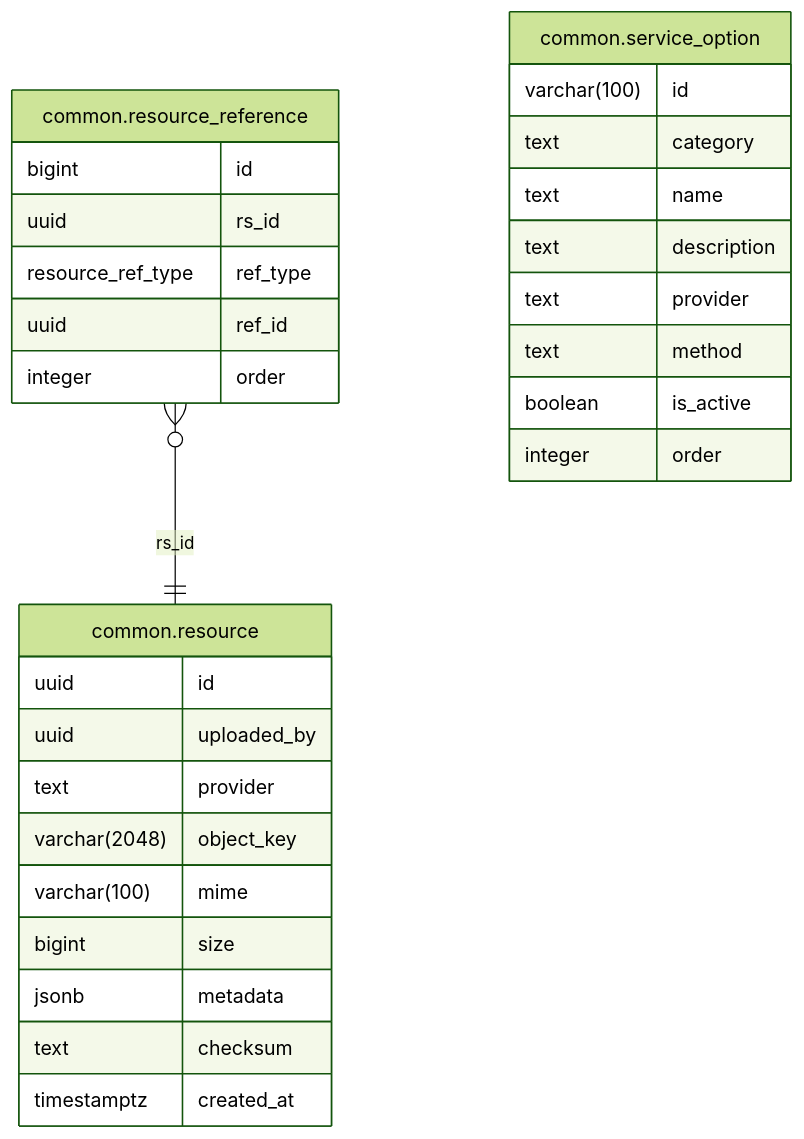
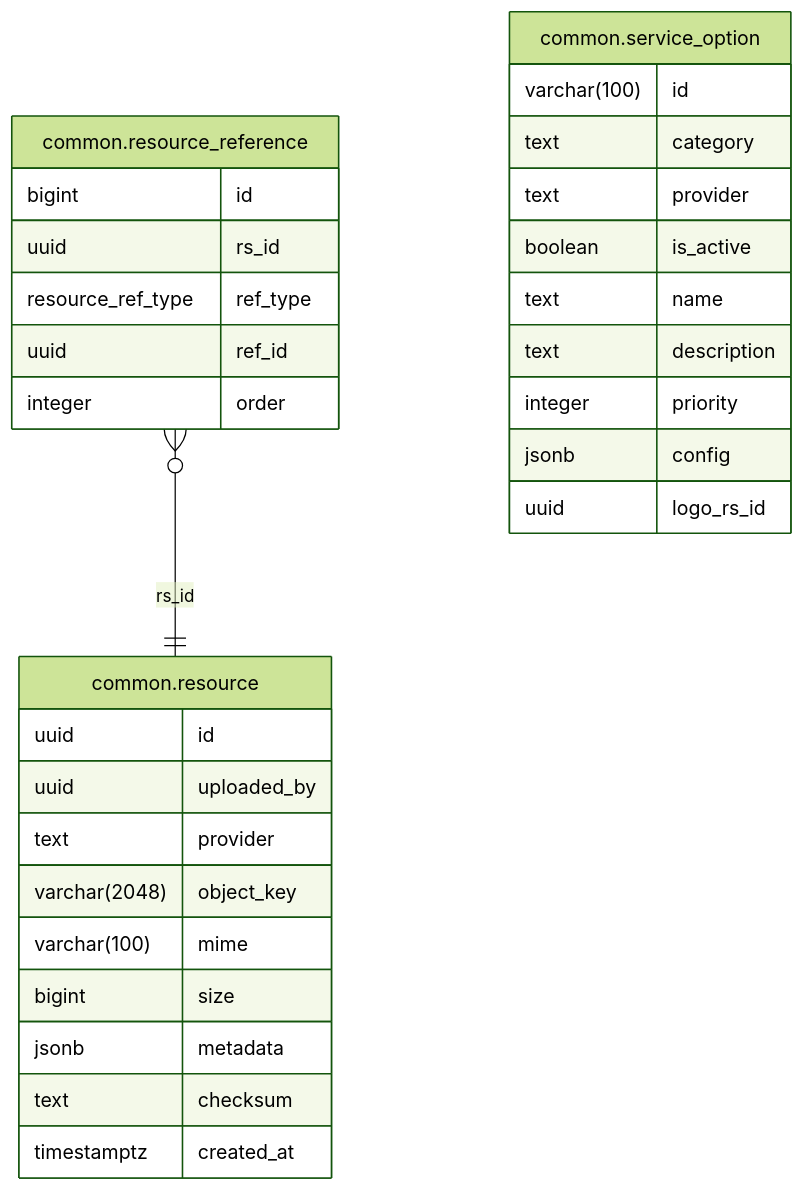
Before and after one commit to shopnexus/shopnexus-server: the diagram in internal/module/common/README.md, drawn with Mermaid (forest theme). The commit also changed 2 other files, not shown here.

Commit message:
update schema

````diff
--- a/internal/module/common/README.md
+++ b/internal/module/common/README.md
@@ -11,33 +11,34 @@
 ```mermaid
 erDiagram
 "common.resource_reference" }o--|| "common.resource" : "rs_id"
 
 "common.resource" {
   uuid id
   uuid uploaded_by
   text provider
   varchar(2048) object_key
   varchar(100) mime
   bigint size
   jsonb metadata
   text checksum
   timestamptz created_at
 }
 "common.resource_reference" {
   bigint id
   uuid rs_id
   resource_ref_type ref_type
   uuid ref_id
   integer order
 }
 "common.service_option" {
   varchar(100) id
   text category
+  text provider
+  boolean is_active
   text name
   text description
-  text provider
-  text method
-  boolean is_active
-  integer order
+  integer priority
+  jsonb config
+  uuid logo_rs_id
 }
 ```
````
